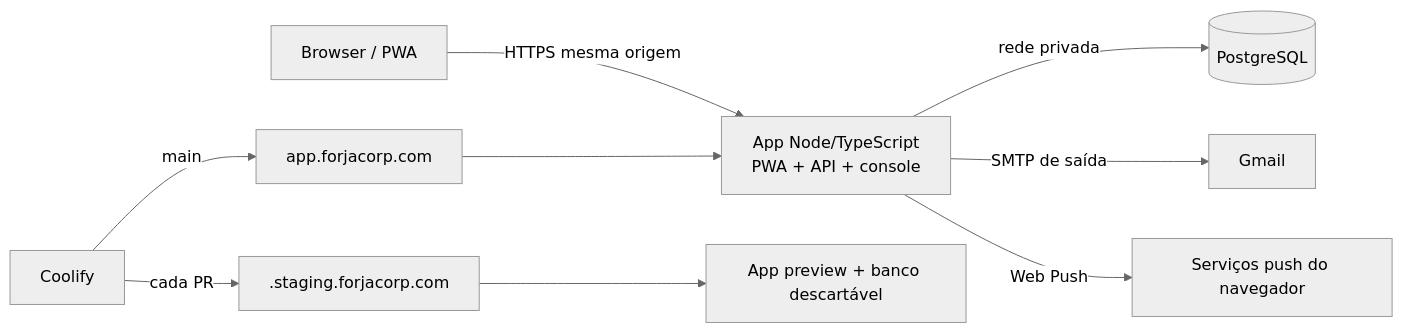
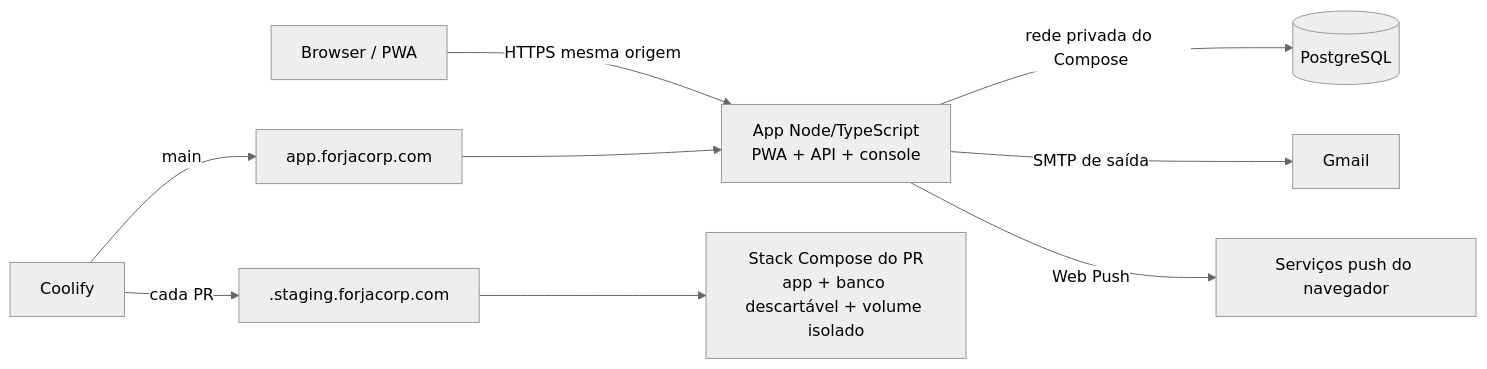
One commit to pwdbymoral/chega-de-briga changed the diagram in docs/backend-deployment-contract-v1.md. Above: the diagram before and after it, drawn with Mermaid (neutral theme). The commit also changed other lines of this file and 1 other file, not shown here.

Commit message:
Configure Coolify Compose deployment

````diff
--- a/docs/backend-deployment-contract-v1.md
+++ b/docs/backend-deployment-contract-v1.md
@@ -58,11 +59,11 @@
 ```mermaid
 flowchart LR
   B[Browser / PWA] -->|HTTPS mesma origem| W[App Node/TypeScript\nPWA + API + console]
-  W -->|rede privada| DB[(PostgreSQL)]
+  W -->|rede privada do Compose| DB[(PostgreSQL)]
   W -->|SMTP de saída| G[Gmail]
   W -->|Web Push| P[Serviços push do navegador]
   C[Coolify] -->|main| PROD[app.forjacorp.com]
   C -->|cada PR| PREVIEW[<id>.staging.forjacorp.com]
   PROD --> W
-  PREVIEW --> WP[App preview + banco descartável]
+  PREVIEW --> WP[Stack Compose do PR\napp + banco descartável + volume isolado]
 ```
````
